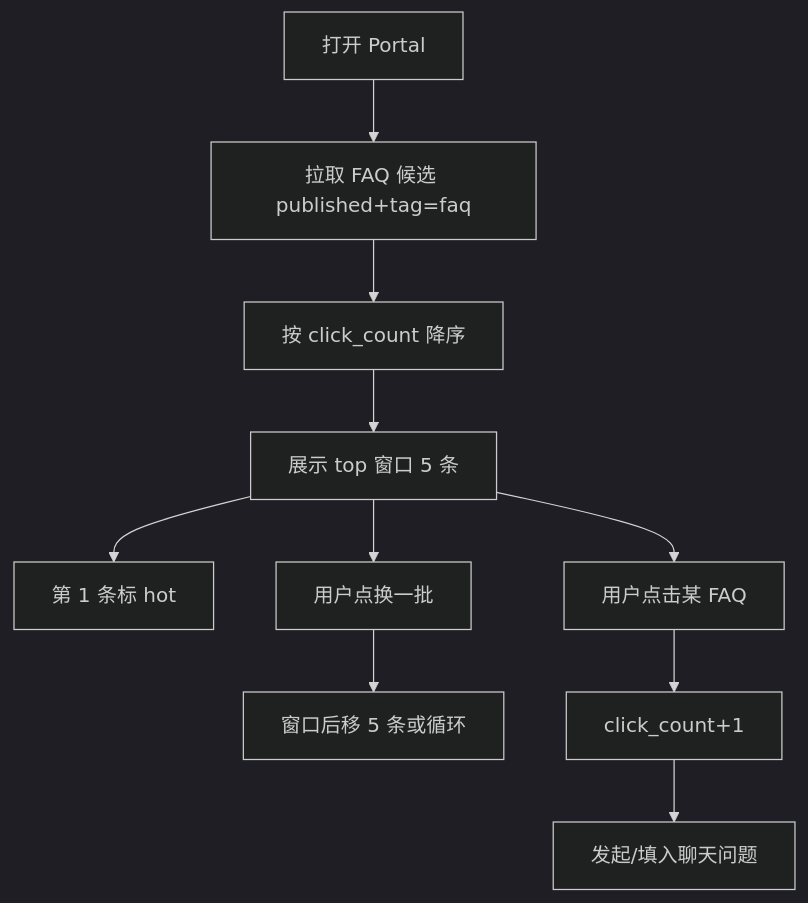
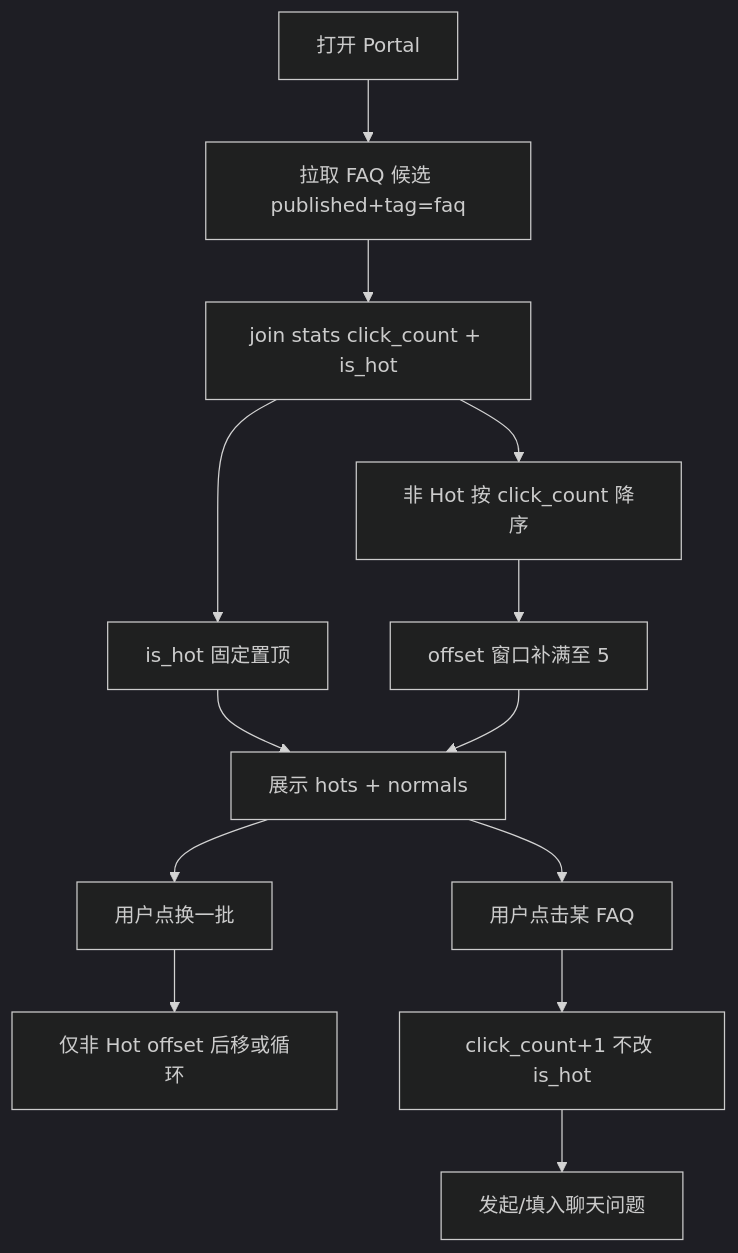
Before and after one commit to zmisi/rag-as-service: the diagram in docs/specs/phase2/features/F13-portal-faq-suggestions.md, drawn with Mermaid (dark theme). The commit also changed other lines of this file and 10 other files, not shown here.

First line of the commit message:
Pin Portal FAQ Hot via is_hot and only rotate non-Hot on refresh.

````diff
--- a/docs/specs/phase2/features/F13-portal-faq-suggestions.md
+++ b/docs/specs/phase2/features/F13-portal-faq-suggestions.md
@@ -31,12 +32,15 @@
 ```mermaid
 flowchart TD
   A[打开 Portal] --> B[拉取 FAQ 候选 published+tag=faq]
-  B --> C[按 click_count 降序]
-  C --> D[展示 top 窗口 5 条]
-  D --> E[第 1 条标 hot]
-  D --> F[用户点换一批]
-  F --> G[窗口后移 5 条或循环]
-  D --> H[用户点击某 FAQ]
-  H --> I[click_count+1]
-  I --> J[发起/填入聊天问题]
+  B --> C[join stats click_count + is_hot]
+  C --> D[is_hot 固定置顶]
+  C --> E[非 Hot 按 click_count 降序]
+  E --> F[offset 窗口补满至 5]
+  D --> G[展示 hots + normals]
+  F --> G
+  G --> H[用户点换一批]
+  H --> I[仅非 Hot offset 后移或循环]
+  G --> J[用户点击某 FAQ]
+  J --> K[click_count+1 不改 is_hot]
+  K --> L[发起/填入聊天问题]
 ```
````
